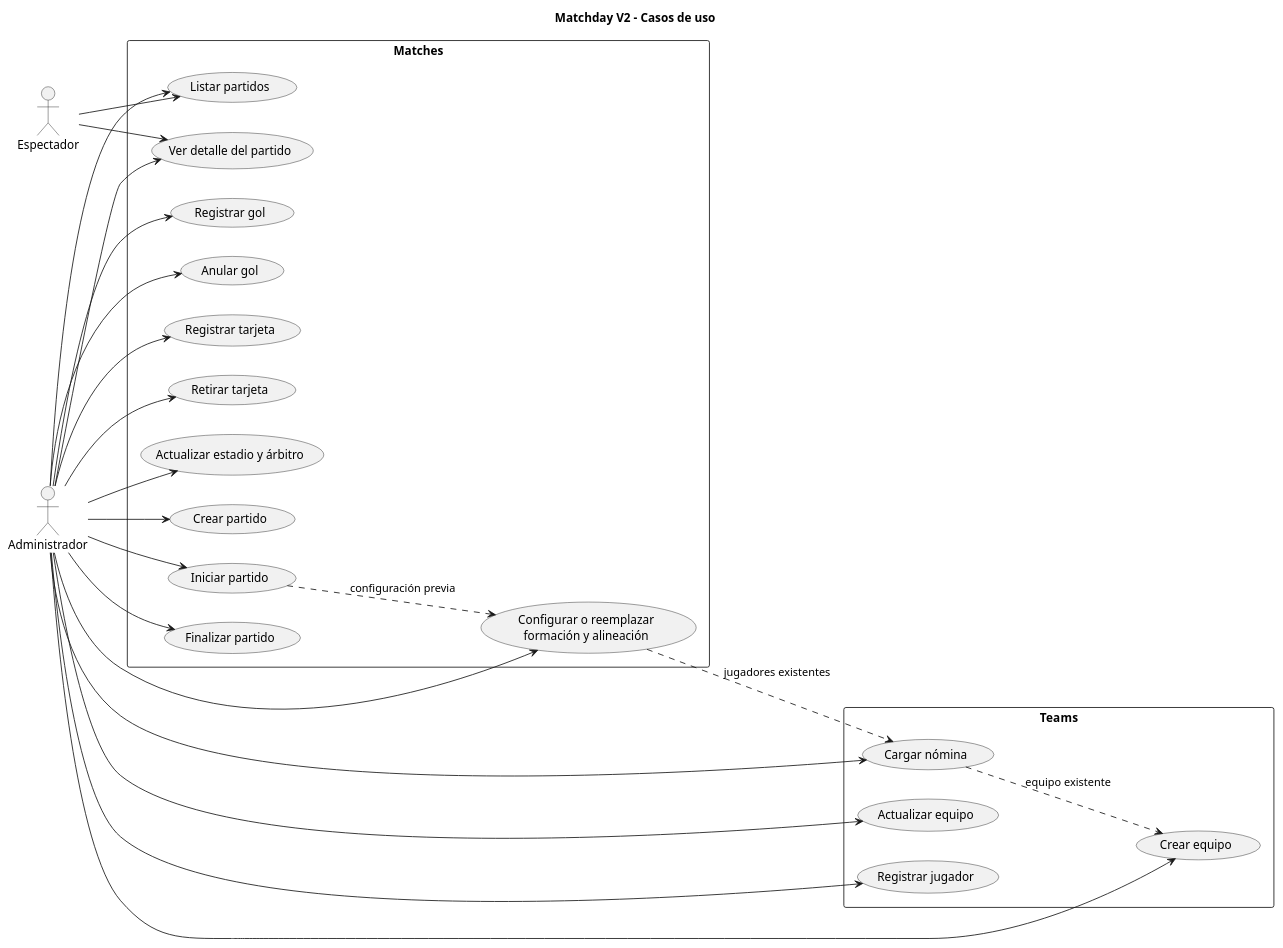
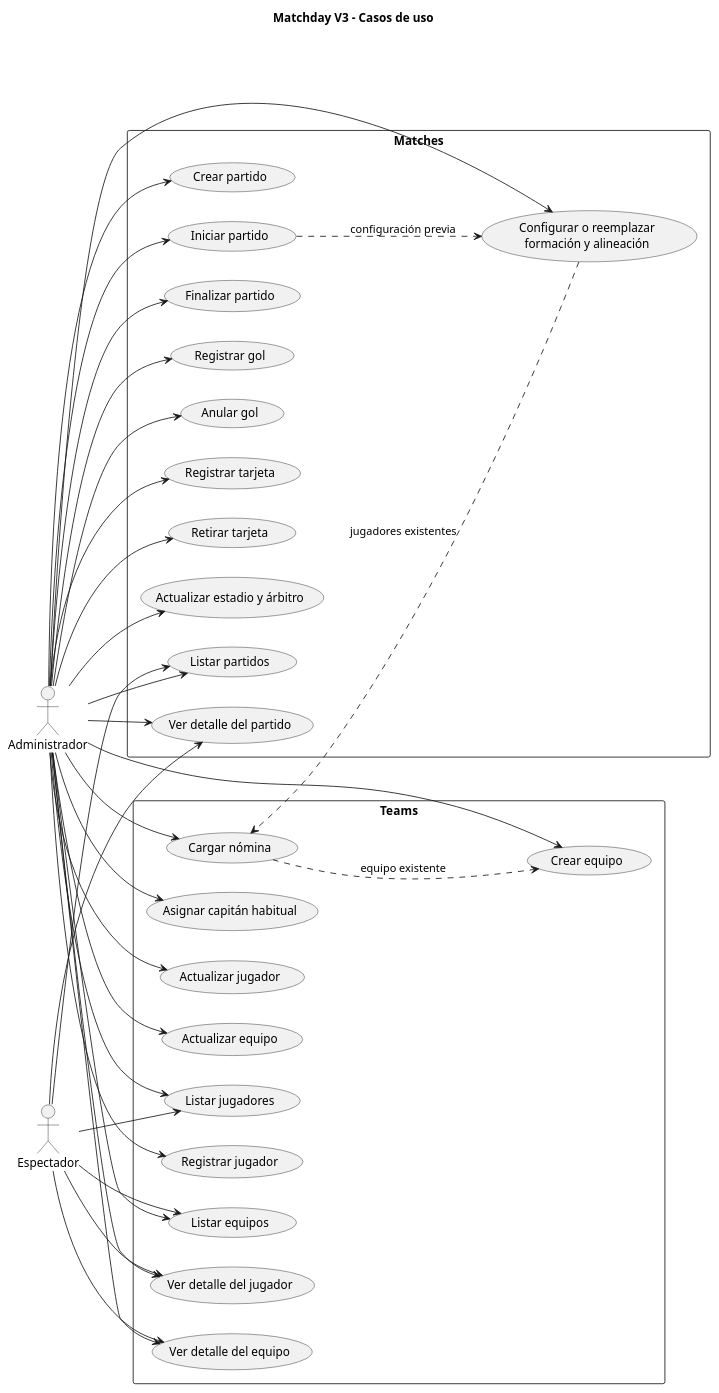
One commit to JaredDet/Match-Day changed the diagram in docs/diagrams/use-cases.puml. Above: the diagram before and after it, drawn with PlantUML. The commit also changed 8 other files, not shown here.

```diff
--- a/docs/diagrams/use-cases.puml
+++ b/docs/diagrams/use-cases.puml
@@ -1,52 +1,68 @@
 @startuml Matchday Use Cases
-title Matchday V2 - Casos de uso
+title Matchday V3 - Casos de uso
 
 left to right direction
 skinparam packageStyle rectangle
 
 actor Administrador as Admin
 actor Espectador as Viewer
 
 rectangle "Teams" {
   usecase "Crear equipo" as CreateTeam
   usecase "Actualizar equipo" as UpdateTeam
   usecase "Registrar jugador" as RegisterPlayer
   usecase "Cargar nómina" as RegisterSquad
+  usecase "Asignar capitán habitual" as SetCaptain
+  usecase "Actualizar jugador" as UpdatePlayer
+  usecase "Listar equipos" as ListTeams
+  usecase "Ver detalle del equipo" as GetTeam
+  usecase "Listar jugadores" as ListPlayers
+  usecase "Ver detalle del jugador" as GetPlayer
 }
 
 rectangle "Matches" {
   usecase "Crear partido" as CreateMatch
   usecase "Configurar o reemplazar\nformación y alineación" as SetLineup
   usecase "Iniciar partido" as StartMatch
   usecase "Finalizar partido" as FinishMatch
   usecase "Registrar gol" as RegisterGoal
   usecase "Anular gol" as DisallowGoal
   usecase "Registrar tarjeta" as RegisterCard
   usecase "Retirar tarjeta" as RescindCard
   usecase "Actualizar estadio y árbitro" as UpdateDetails
   usecase "Listar partidos" as ListMatches
   usecase "Ver detalle del partido" as GetMatch
 }
 
 Admin --> CreateTeam
 Admin --> UpdateTeam
 Admin --> RegisterPlayer
 Admin --> RegisterSquad
+Admin --> SetCaptain
+Admin --> UpdatePlayer
+Admin --> ListTeams
+Admin --> GetTeam
+Admin --> ListPlayers
+Admin --> GetPlayer
 Admin --> CreateMatch
 Admin --> SetLineup
 Admin --> StartMatch
 Admin --> FinishMatch
 Admin --> RegisterGoal
 Admin --> DisallowGoal
 Admin --> RegisterCard
 Admin --> RescindCard
 Admin --> UpdateDetails
 Admin --> ListMatches
 Admin --> GetMatch
 Viewer --> ListMatches
 Viewer --> GetMatch
+Viewer --> ListTeams
+Viewer --> GetTeam
+Viewer --> ListPlayers
+Viewer --> GetPlayer
 
 RegisterSquad ..> CreateTeam : equipo existente
 SetLineup ..> RegisterSquad : jugadores existentes
 StartMatch ..> SetLineup : configuración previa
 @enduml
```
